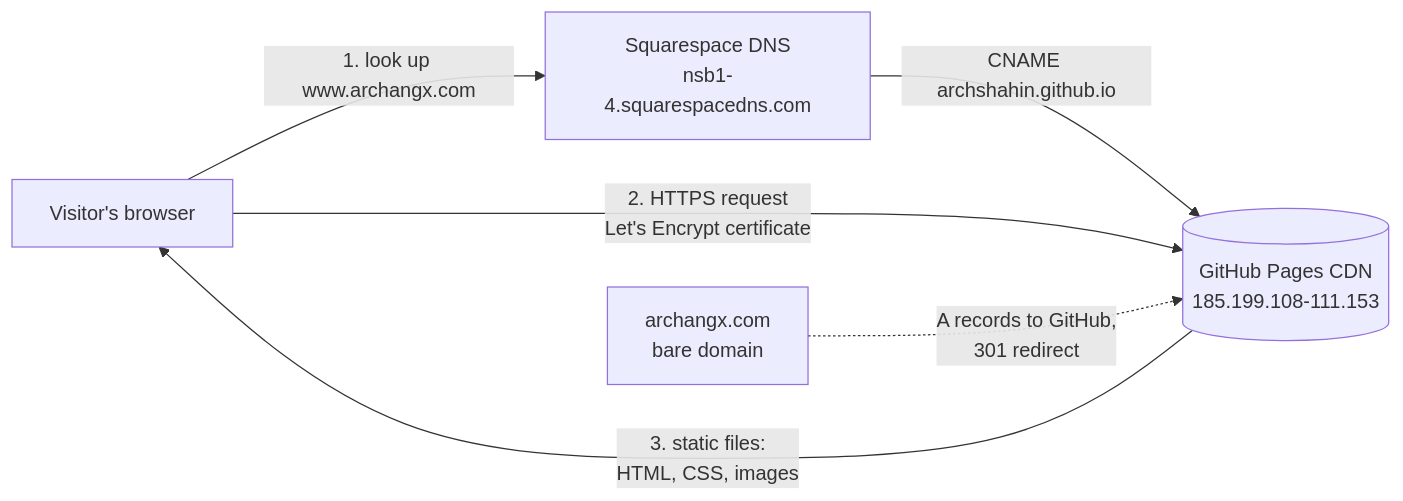
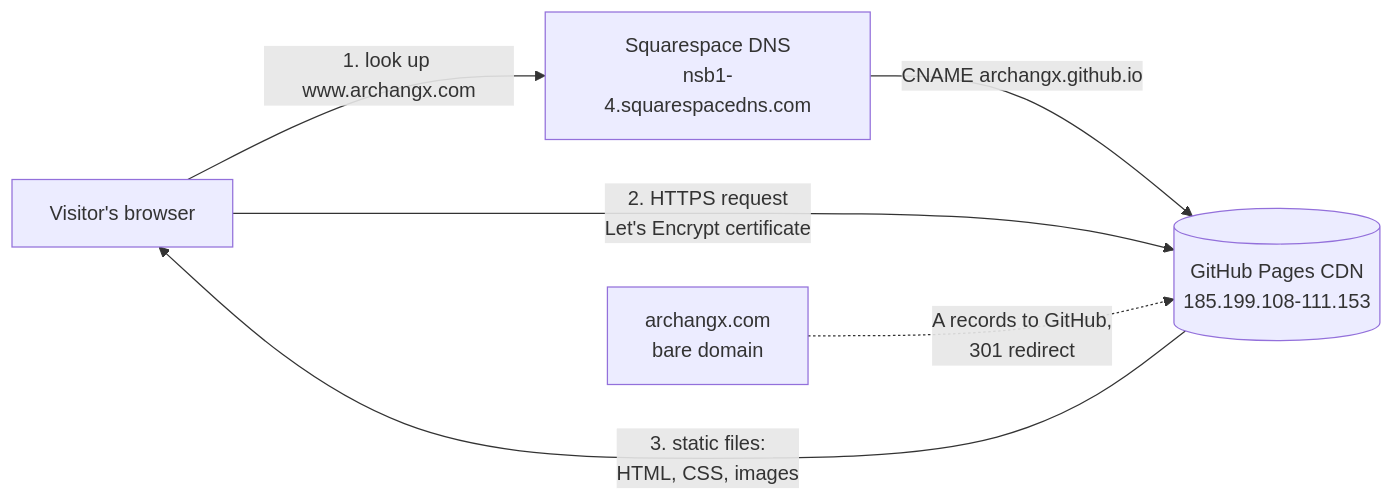
Before and after one commit to ArchShahin/archangx-website: the first of 3 diagrams in docs/ARCHITECTURE.md, drawn with Mermaid. The commit also changed other lines of this file and 4 other files, not shown here.

````diff
--- a/docs/ARCHITECTURE.md
+++ b/docs/ARCHITECTURE.md
@@ -9,8 +9,8 @@
 ```mermaid
 flowchart LR
   V[Visitor's browser] -->|1. look up www.archangx.com| DNS[Squarespace DNS<br/>nsb1-4.squarespacedns.com]
-  DNS -->|CNAME archshahin.github.io| GH[(GitHub Pages CDN<br/>185.199.108-111.153)]
+  DNS -->|CNAME archangx.github.io| GH[(GitHub Pages CDN<br/>185.199.108-111.153)]
   V -->|2. HTTPS request<br/>Let's Encrypt certificate| GH
   GH -->|3. static files:<br/>HTML, CSS, images| V
   B[archangx.com<br/>bare domain] -.->|A records to GitHub,<br/>301 redirect| GH
 ```
````
